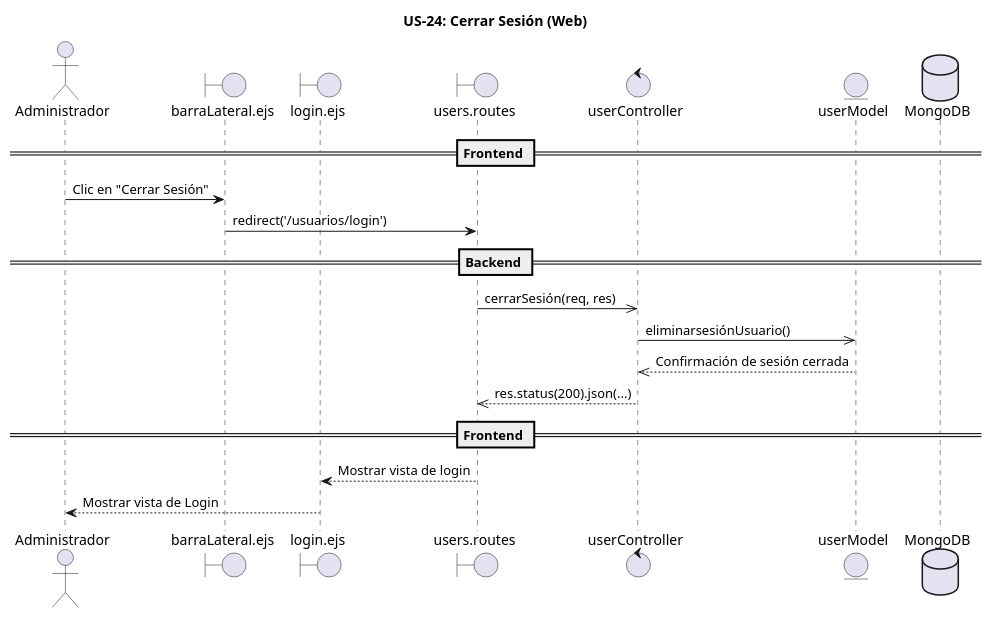
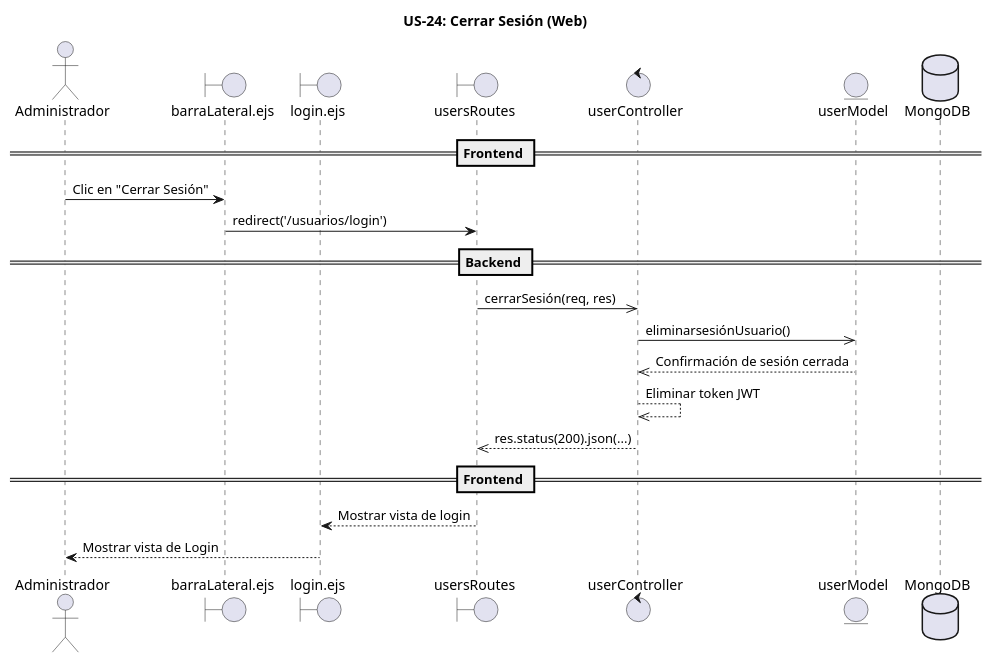
Before and after one commit to PIX3L-IT/dieselflow-dise-o: the diagram in MVP/US-24-cerrarSesion/Web/US-24-cerrarSesion.puml, drawn with PlantUML. The commit also changed 1 other file, not shown here.

```diff
--- a/MVP/US-24-cerrarSesion/Web/US-24-cerrarSesion.puml
+++ b/MVP/US-24-cerrarSesion/Web/US-24-cerrarSesion.puml
@@ -1,31 +1,32 @@
 @startuml
 title US-24: Cerrar Sesión (Web)
 
 actor Administrador
 
 boundary "barraLateral.ejs" as VistaBarraLateral
 boundary "login.ejs" as VistaLogin
-boundary "users.routes" as Router
+boundary "usersRoutes" as Router
 control "userController" as Controller
 entity "userModel" as Modelo
 database "MongoDB" as DB
 
 == Frontend ==
 Administrador -> VistaBarraLateral : Clic en "Cerrar Sesión"
 VistaBarraLateral -> Router : redirect('/usuarios/login')
 
-
+ 
 == Backend ==
 Router ->> Controller : cerrarSesión(req, res)
 Controller ->> Modelo: eliminarsesiónUsuario()
 
 Modelo -->> Controller : Confirmación de sesión cerrada
+Controller -->> Controller: Eliminar token JWT
 
 Controller -->> Router : res.status(200).json(...)
 
 == Frontend ==
 Router --> VistaLogin: Mostrar vista de login
 
 VistaLogin --> Administrador : Mostrar vista de Login
 
 @enduml
```
